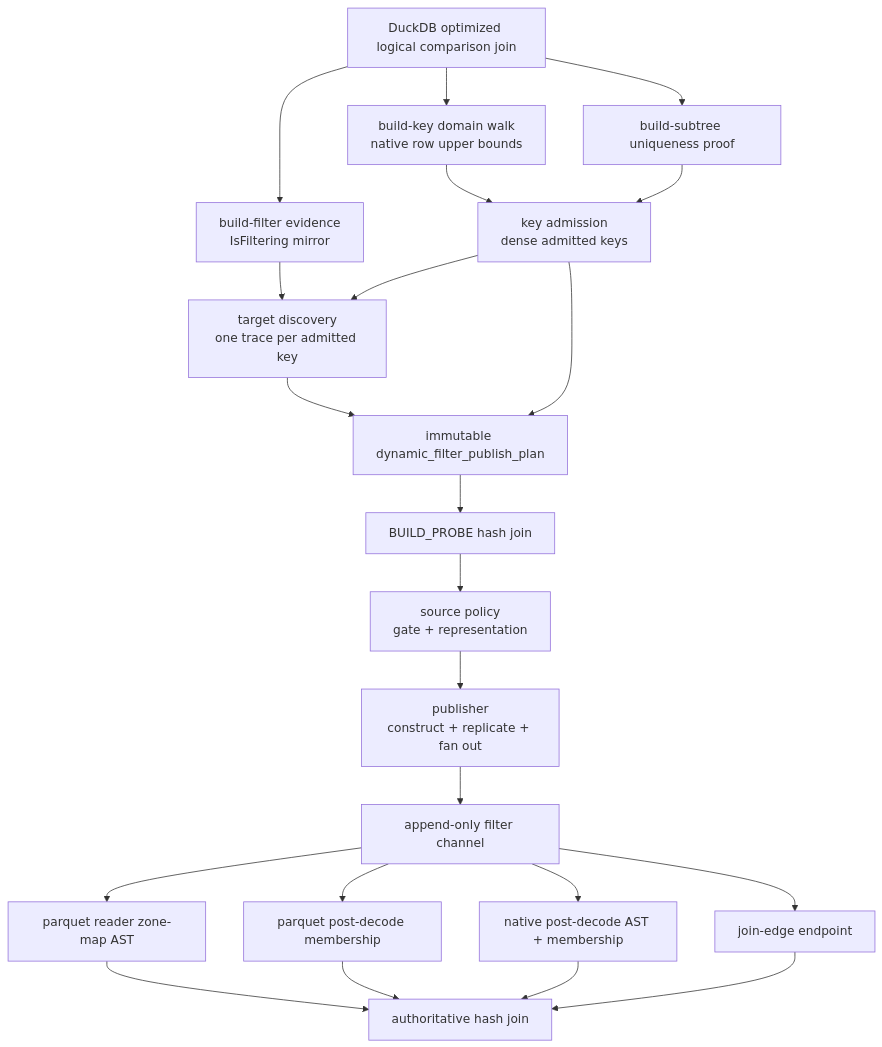
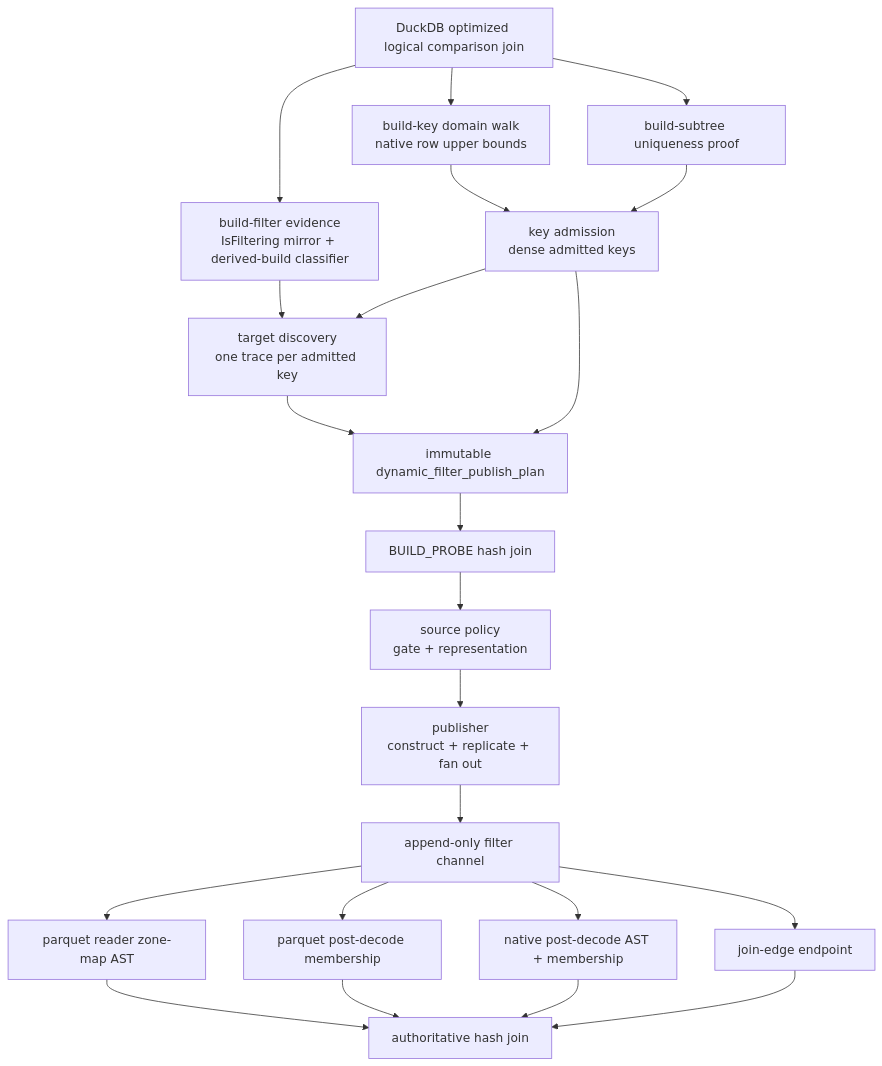
One commit to sirius-db/sirius changed the second of 5 diagrams in docs/super-sirius/dynamic-filters.md. Above: the diagram before and after it, drawn with Mermaid. The commit also changed other lines of this file and 6 other files, not shown here.

````diff
--- a/docs/super-sirius/dynamic-filters.md
+++ b/docs/super-sirius/dynamic-filters.md
@@ -142,34 +143,34 @@
 ```mermaid
 flowchart TB
     LOGICAL["DuckDB optimized logical comparison join"]
-    EVIDENCE["build-filter evidence<br/>IsFiltering mirror"]
+    EVIDENCE["build-filter evidence<br/>IsFiltering mirror + derived-build classifier"]
     DOMAIN["build-key domain walk<br/>native row upper bounds"]
     UNIQUE["build-subtree uniqueness proof"]
     ADMIT["key admission<br/>dense admitted keys"]
     DISCOVERY["target discovery<br/>one trace per admitted key"]
     PLAN["immutable dynamic_filter_publish_plan"]
     JOIN["BUILD_PROBE hash join"]
     POLICY["source policy<br/>gate + representation"]
     PUB["publisher<br/>construct + replicate + fan out"]
     CHANNEL["append-only filter channel"]
     RDR["parquet reader zone-map AST"]
     PQPOST["parquet post-decode membership"]
     NATIVE["native post-decode AST + membership"]
     EDGE["join-edge endpoint"]
     AUTH["authoritative hash join"]
 
     LOGICAL --> EVIDENCE
     LOGICAL --> DOMAIN
     LOGICAL --> UNIQUE
     DOMAIN --> ADMIT
     UNIQUE --> ADMIT
     EVIDENCE --> DISCOVERY
     ADMIT --> DISCOVERY
     ADMIT --> PLAN
     DISCOVERY --> PLAN
     PLAN --> JOIN --> POLICY --> PUB --> CHANNEL
     CHANNEL --> RDR --> AUTH
     CHANNEL --> PQPOST --> AUTH
     CHANNEL --> NATIVE --> AUTH
     CHANNEL --> EDGE --> AUTH
 ```
````
